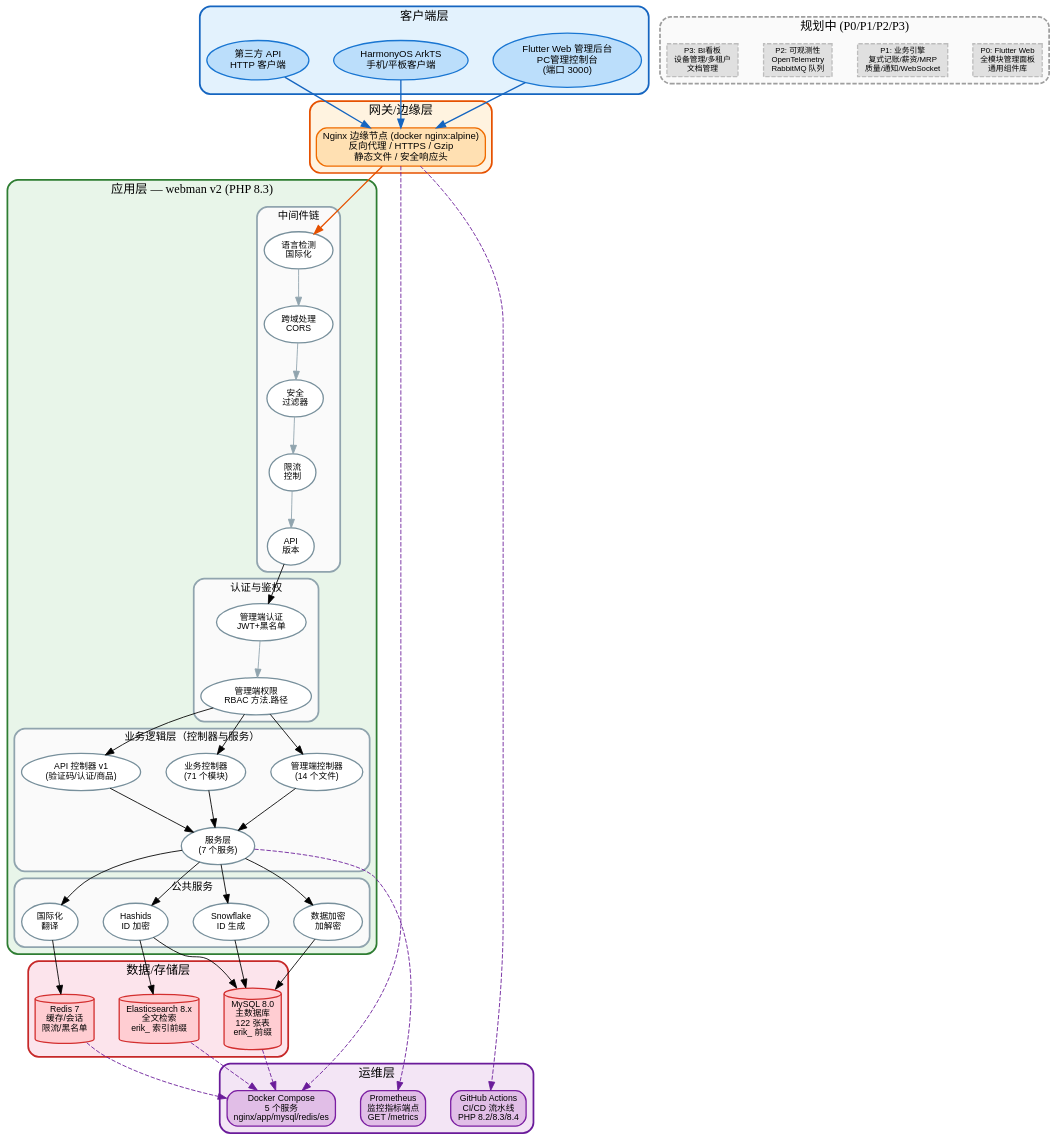
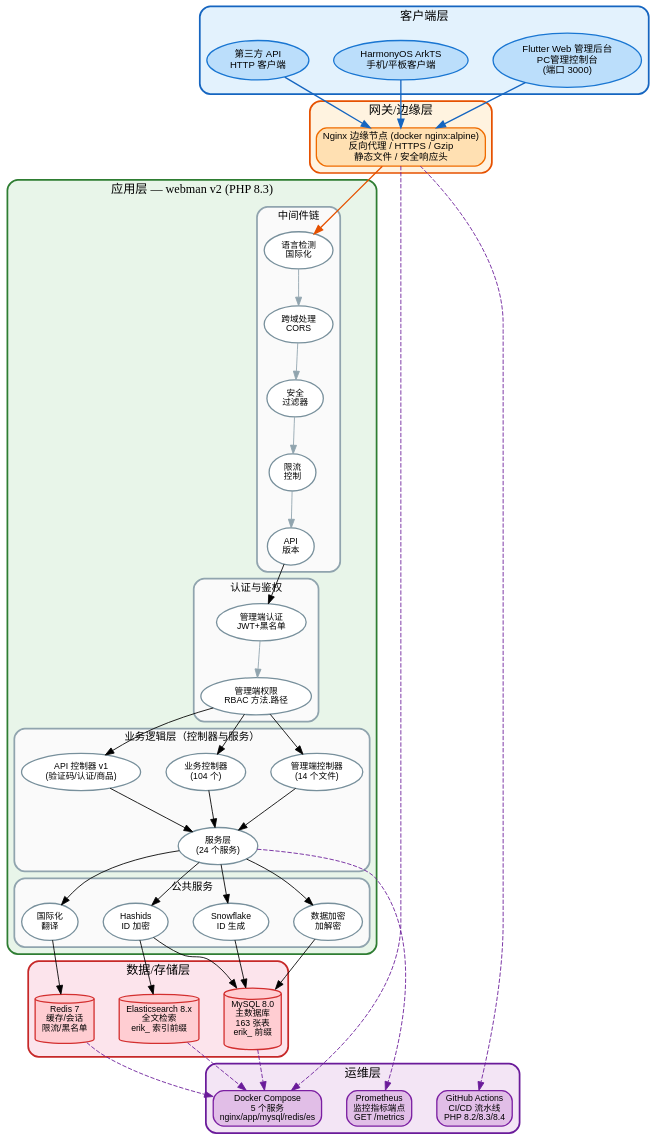
The diagram in docs/diagrams/system-architecture-cn.dot (erikwang2013/erp-php), drawn with Graphviz before and after one commit. The commit also changed 88 other files, not shown here.

```diff
--- a/docs/diagrams/system-architecture-cn.dot
+++ b/docs/diagrams/system-architecture-cn.dot
@@ -1,115 +1,104 @@
 digraph SystemArchitectureCN {
     rankdir=TB;
     fontname="Arial";
     fontsize=14;
     bgcolor="transparent";
     nodesep=0.4;
     ranksep=0.6;
     compound=true;
 
     node [fontname="Arial", fontsize=11, style="filled,rounded", penwidth=1.5];
 
     subgraph cluster_client {
         label="客户端层";
         fontsize=14; fontname="Arial Bold";
         style="filled,rounded"; fillcolor="#e3f2fd"; color="#1565c0"; penwidth=2;
         a1 [label="Flutter Web 管理后台\nPC管理控制台\n(端口 3000)", fillcolor="#bbdefb", color="#1976d2"];
         a2 [label="HarmonyOS ArkTS\n手机/平板客户端", fillcolor="#bbdefb", color="#1976d2"];
         a3 [label="第三方 API\nHTTP 客户端", fillcolor="#bbdefb", color="#1976d2"];
     }
 
     subgraph cluster_edge {
         label="网关/边缘层";
         fontsize=14; fontname="Arial Bold";
         style="filled,rounded"; fillcolor="#fff3e0"; color="#e65100"; penwidth=2;
         b1 [label="Nginx 边缘节点 (docker nginx:alpine)\n反向代理 / HTTPS / Gzip\n静态文件 / 安全响应头", fillcolor="#ffe0b2", color="#ef6c00", shape="box"];
     }
 
     subgraph cluster_app {
         label="应用层 — webman v2 (PHP 8.3)";
         fontsize=14; fontname="Arial Bold";
         style="filled,rounded"; fillcolor="#e8f5e9"; color="#2e7d32"; penwidth=2;
 
         subgraph cluster_mw {
             label="中间件链";
             fontsize=12; fontname="Arial Bold";
             style="filled,rounded"; fillcolor="#fafafa"; color="#90a4ae";
             node [fillcolor="#ffffff", color="#78909c", fontsize=10];
             m1 [label="语言检测\n国际化"]; m2 [label="跨域处理\nCORS"]; m3 [label="安全\n过滤器"]; m4 [label="限流\n控制"]; m5 [label="API\n版本"];
             m1 -> m2 -> m3 -> m4 -> m5 [color="#90a4ae"];
         }
 
         subgraph cluster_auth {
             label="认证与鉴权";
             fontsize=12; fontname="Arial Bold";
             style="filled,rounded"; fillcolor="#fafafa"; color="#90a4ae";
             node [fillcolor="#ffffff", color="#78909c", fontsize=10];
             m6 [label="管理端认证\nJWT+黑名单"]; m7 [label="管理端权限\nRBAC 方法.路径"];
             m6 -> m7 [color="#90a4ae"];
         }
 
         subgraph cluster_biz {
             label="业务逻辑层（控制器与服务）";
             fontsize=12; fontname="Arial Bold";
             style="filled,rounded"; fillcolor="#fafafa"; color="#90a4ae";
             node [fillcolor="#ffffff", color="#78909c", fontsize=10];
-            c1 [label="管理端控制器\n(14 个文件)"]; c2 [label="业务控制器\n(71 个模块)"]; c3 [label="服务层\n(7 个服务)"]; c4 [label="API 控制器 v1\n(验证码/认证/商品)"];
+            c1 [label="管理端控制器\n(14 个文件)"]; c2 [label="业务控制器\n(104 个)"]; c3 [label="服务层\n(24 个服务)"]; c4 [label="API 控制器 v1\n(验证码/认证/商品)"];
         }
 
         subgraph cluster_common {
             label="公共服务";
             fontsize=12; fontname="Arial Bold";
             style="filled,rounded"; fillcolor="#fafafa"; color="#90a4ae";
             node [fillcolor="#ffffff", color="#78909c", fontsize=10];
             s1 [label="Hashids\nID 加密"]; s2 [label="Snowflake\nID 生成"]; s3 [label="数据加密\n加解密"]; s4 [label="国际化\n翻译"];
         }
 
         m5 -> m6; m7 -> c1; m7 -> c2; m7 -> c4;
         c1 -> c3; c2 -> c3; c4 -> c3;
         c3 -> s1; c3 -> s2; c3 -> s3; c3 -> s4;
     }
 
     subgraph cluster_data {
         label="数据/存储层";
         fontsize=14; fontname="Arial Bold";
         style="filled,rounded"; fillcolor="#fce4ec"; color="#c62828"; penwidth=2;
         node [shape="cylinder", fillcolor="#ffcdd2", color="#d32f2f", fontsize=10];
-        d1 [label="MySQL 8.0\n主数据库\n122 张表\nerik_ 前缀"];
+        d1 [label="MySQL 8.0\n主数据库\n163 张表\nerik_ 前缀"];
         d2 [label="Redis 7\n缓存/会话\n限流/黑名单"];
         d3 [label="Elasticsearch 8.x\n全文检索\nerik_ 索引前缀"];
     }
 
     subgraph cluster_devops {
         label="运维层";
         fontsize=14; fontname="Arial Bold";
         style="filled,rounded"; fillcolor="#f3e5f5"; color="#6a1b9a"; penwidth=2;
         node [shape="box", fillcolor="#e1bee7", color="#7b1fa2", fontsize=10];
         e1 [label="GitHub Actions\nCI/CD 流水线\nPHP 8.2/8.3/8.4"];
         e2 [label="Docker Compose\n5 个服务\nnginx/app/mysql/redis/es"];
         e3 [label="Prometheus\n监控指标端点\nGET /metrics"];
-    }
-
-    subgraph cluster_planned {
-        label="规划中 (P0/P1/P2/P3)";
-        fontsize=14; fontname="Arial Bold";
-        style="filled,rounded,dashed"; fillcolor="#fafafa"; color="#9e9e9e"; penwidth=2;
-        node [shape="box", fillcolor="#e0e0e0", color="#bdbdbd", fontsize=9, style="filled,dashed"];
-        p0 [label="P0: Flutter Web\n全模块管理面板\n通用组件库"];
-        p1a [label="P1: 业务引擎\n复式记账/薪资/MRP\n质量/通知/WebSocket"];
-        p2 [label="P2: 可观测性\nOpenTelemetry\nRabbitMQ 队列"];
-        p3 [label="P3: BI看板\n设备管理/多租户\n文档管理"];
     }
 
     a1 -> b1 [color="#1565c0", penwidth=1.5];
     a2 -> b1 [color="#1565c0", penwidth=1.5];
     a3 -> b1 [color="#1565c0", penwidth=1.5];
     b1 -> m1 [color="#e65100", penwidth=1.5];
     s1 -> d1; s2 -> d1; s3 -> d1; s1 -> d3;
     s4 -> d2;
     b1 -> e1 [style="dashed", color="#6a1b9a"];
     b1 -> e2 [style="dashed", color="#6a1b9a"];
     c3 -> e3 [style="dashed", color="#6a1b9a"];
     d1 -> e2 [style="dashed", color="#6a1b9a"];
     d2 -> e2 [style="dashed", color="#6a1b9a"];
     d3 -> e2 [style="dashed", color="#6a1b9a"];
 }
```
